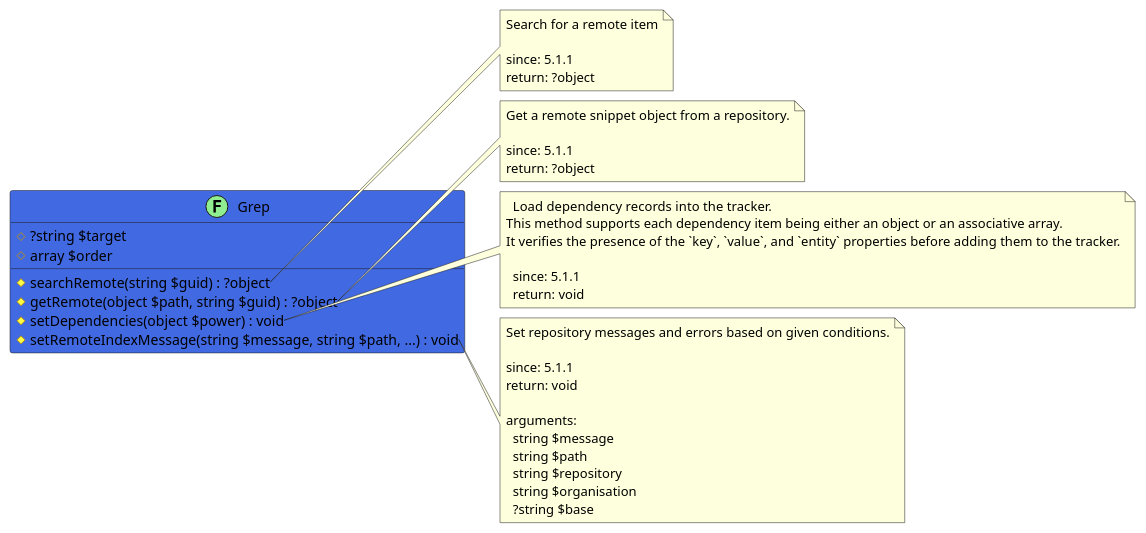
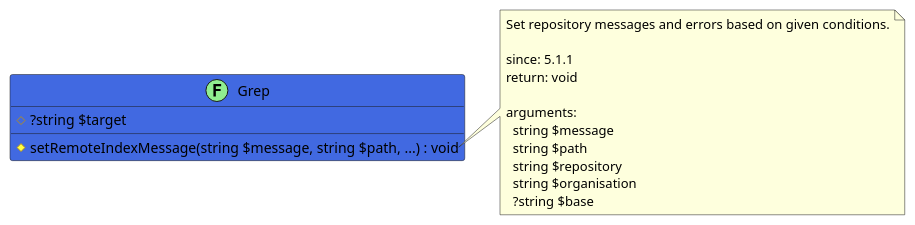
The diagram in src/909b78a0-2c36-42ce-8a66-d56697987ef6/README.md (joomengine/jcb-packager), drawn with PlantUML before and after one commit. The commit also changed 149 other files, not shown here.

````diff
--- a/src/909b78a0-2c36-42ce-8a66-d56697987ef6/README.md
+++ b/src/909b78a0-2c36-42ce-8a66-d56697987ef6/README.md
@@ -6,51 +6,24 @@
 ```uml
 @startuml
 
 class Grep << (F,LightGreen) >> #RoyalBlue {
   # ?string $target
-  # array $order
-  # searchRemote(string $guid) : ?object
-  # getRemote(object $path, string $guid) : ?object
-  # setDependencies(object $power) : void
   # setRemoteIndexMessage(string $message, string $path, ...) : void
 }
-
-note right of Grep::searchRemote
-  Search for a remote item
-
-  since: 5.1.1
-  return: ?object
-end note
-
-note right of Grep::getRemote
-  Get a remote snippet object from a repository.
-
-  since: 5.1.1
-  return: ?object
-end note
-
-note right of Grep::setDependencies
-  Load dependency records into the tracker.
-This method supports each dependency item being either an object or an associative array.
-It verifies the presence of the `key`, `value`, and `entity` properties before adding them to the tracker.
-
-  since: 5.1.1
-  return: void
-end note
 
 note right of Grep::setRemoteIndexMessage
   Set repository messages and errors based on given conditions.
 
   since: 5.1.1
   return: void
   
   arguments:
     string $message
     string $path
     string $repository
     string $organisation
     ?string $base
 end note
 
 @enduml
 ```
````
